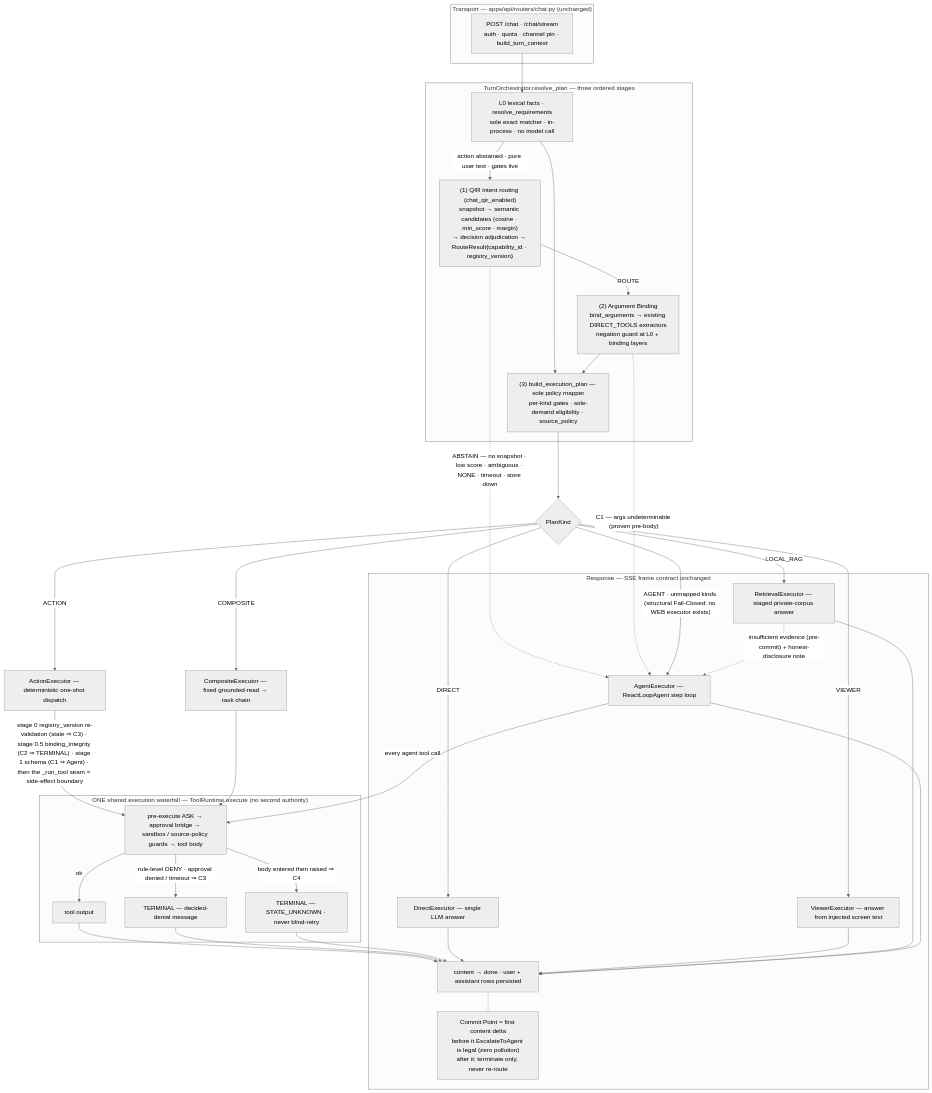
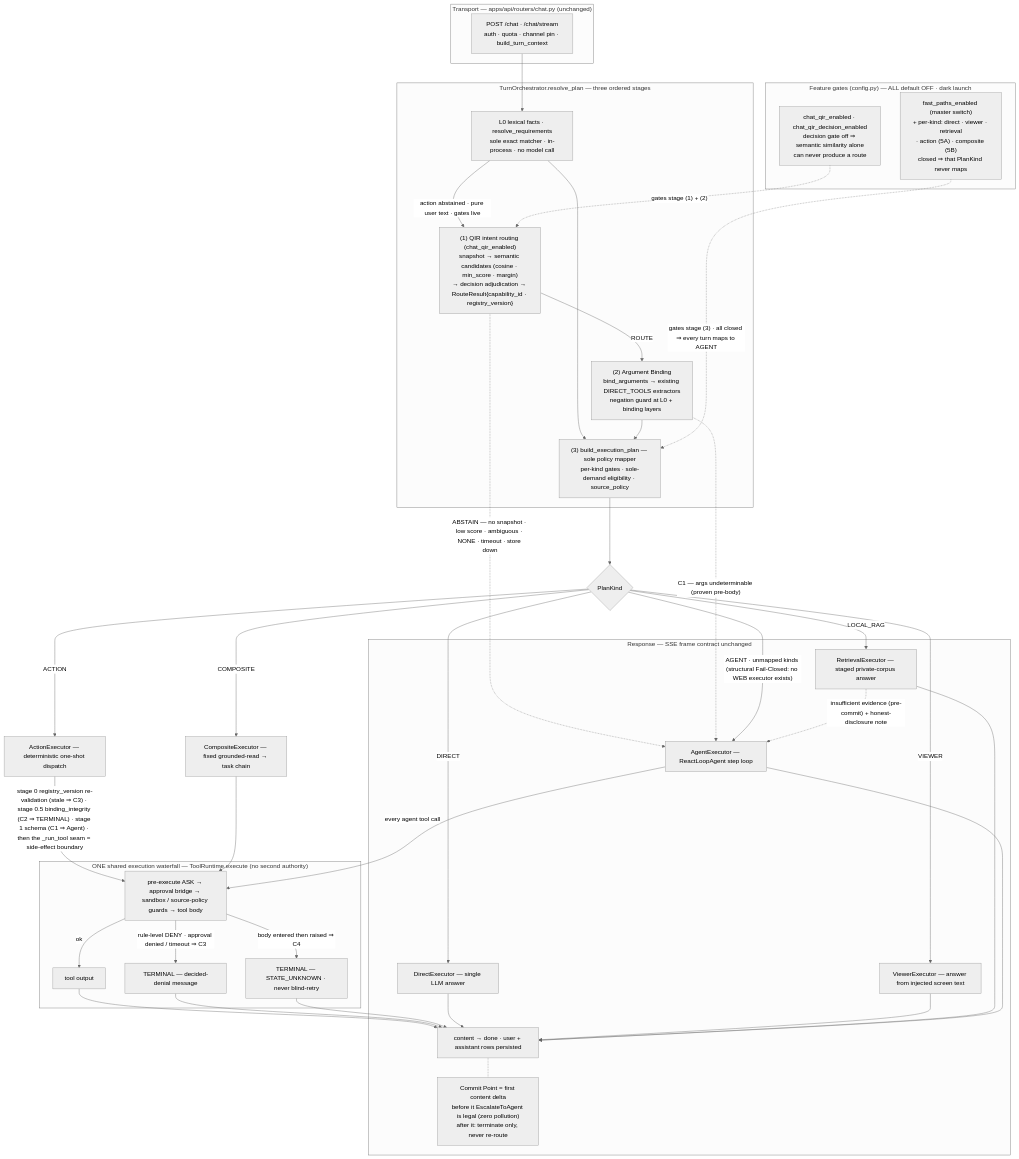
Before and after one commit to Eric-LLMs/DeepDive: the sixth of 6 diagrams in docs/architecture-diagrams.md, drawn with Mermaid (neutral theme). The commit also changed 1 other file, not shown here.

Commit message:
docs(diagrams): surface the feature-gate fan-out in the chat control-plane diagram
QIR + decision gates and the master fast_paths_enabled switch with its
per-kind sub-gates now render as an explicit "gates" subgraph wired into
stages (1)-(3), dark-launch default OFF stated on the box.

````diff
--- a/docs/architecture-diagrams.md
+++ b/docs/architecture-diagrams.md
@@ -300,55 +300,62 @@
 ```mermaid
 flowchart TB
     %% Invariants: fast-path fallbacks are byte-identical · the Agent is never a recovery channel
     %% for C2/C3/C4 · the commit point (first content delta) locks the channel · gates default OFF.
 
     subgraph transport["Transport — apps/api/routers/chat.py (unchanged)"]
         AUTH["POST /chat · /chat/stream<br/>auth · quota · channel pin · build_turn_context"]
     end
 
     subgraph resolve["TurnOrchestrator.resolve_plan — three ordered stages"]
         L0["L0 lexical facts · resolve_requirements<br/>sole exact matcher · in-process · no model call"]
         QIR["(1) QIR intent routing (chat_qir_enabled)<br/>snapshot → semantic candidates (cosine · min_score · margin)<br/>→ decision adjudication → RouteResult{capability_id · registry_version}"]
         BIND["(2) Argument Binding<br/>bind_arguments → existing DIRECT_TOOLS extractors<br/>negation guard at L0 + binding layers"]
         MAP["(3) build_execution_plan — sole policy mapper<br/>per-kind gates · sole-demand eligibility · source_policy"]
         L0 -- "action abstained · pure user text · gates live" --> QIR
         QIR -- ROUTE --> BIND
         L0 --> MAP
         BIND --> MAP
     end
 
     AUTH --> L0
     QIR -. "ABSTAIN — no snapshot · low score · ambiguous · NONE · timeout · store down" .-> AG
     BIND -. "C1 — args undeterminable (proven pre-body)" .-> AG
+
+    subgraph gates["Feature gates (config.py) — ALL default OFF · dark launch"]
+        GQ["chat_qir_enabled · chat_qir_decision_enabled<br/>decision gate off ⇒ semantic similarity alone<br/>can never produce a route"]
+        GF["fast_paths_enabled (master switch)<br/>+ per-kind: direct · viewer · retrieval<br/>· action (5A) · composite (5B)<br/>closed ⇒ that PlanKind never maps"]
+    end
+    GQ -. "gates stage (1) + (2)" .-> QIR
+    GF -. "gates stage (3) · all closed ⇒ every turn maps to AGENT" .-> MAP
 
     MAP --> K{"PlanKind"}
     K -- DIRECT --> DEX["DirectExecutor — single LLM answer"]
     K -- VIEWER --> VEX["ViewerExecutor — answer from injected screen text"]
     K -- LOCAL_RAG --> REX["RetrievalExecutor — staged private-corpus answer"]
     K -- ACTION --> AEX["ActionExecutor — deterministic one-shot dispatch"]
     K -- COMPOSITE --> CEX["CompositeExecutor — fixed grounded-read → task chain"]
     K -- "AGENT · unmapped kinds (structural Fail-Closed: no WEB executor exists)" --> AG["AgentExecutor — ReactLoopAgent step loop"]
 
     subgraph governance["ONE shared execution waterfall — ToolRuntime.execute (no second authority)"]
         RW["pre-execute ASK → approval bridge → sandbox / source-policy guards → tool body"]
         RW -- "rule-level DENY · approval denied / timeout ⇒ C3" --> TD["TERMINAL — decided-denial message"]
         RW -- "body entered then raised ⇒ C4" --> TU["TERMINAL — STATE_UNKNOWN · never blind-retry"]
         RW -- ok --> OUT["tool output"]
     end
 
     AEX -- "stage 0 registry_version re-validation (stale ⇒ C3) · stage 0.5 binding_integrity (C2 ⇒ TERMINAL) · stage 1 schema (C1 ⇒ Agent) · then the _run_tool seam = side-effect boundary" --> RW
     CEX --> RW
     AG -- "every agent tool call" --> RW
     REX -. "insufficient evidence (pre-commit) + honest-disclosure note" .-> AG
 
     subgraph stream["Response — SSE frame contract unchanged"]
         OUT --> DONE["content → done · user + assistant rows persisted"]
         TD --> DONE
         TU --> DONE
         DEX --> DONE
         VEX --> DONE
         REX --> DONE
         AG --> DONE
         DONE -.- CP["Commit Point = first content delta<br/>before it EscalateToAgent is legal (zero pollution)<br/>after it: terminate only, never re-route"]
     end
 ```
````
